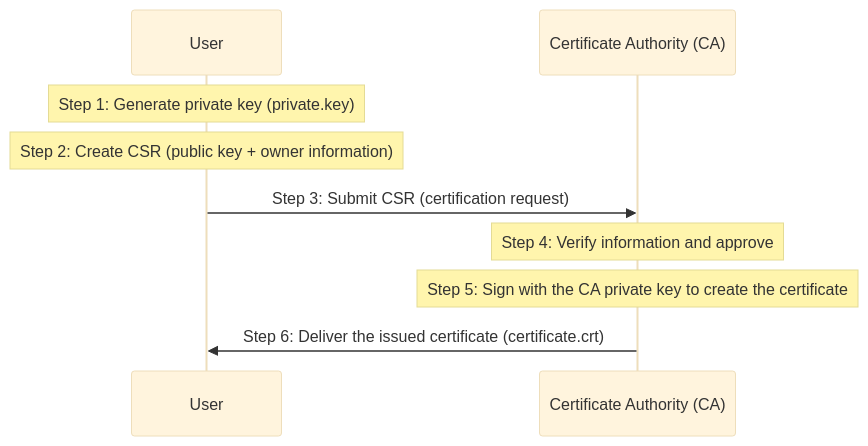
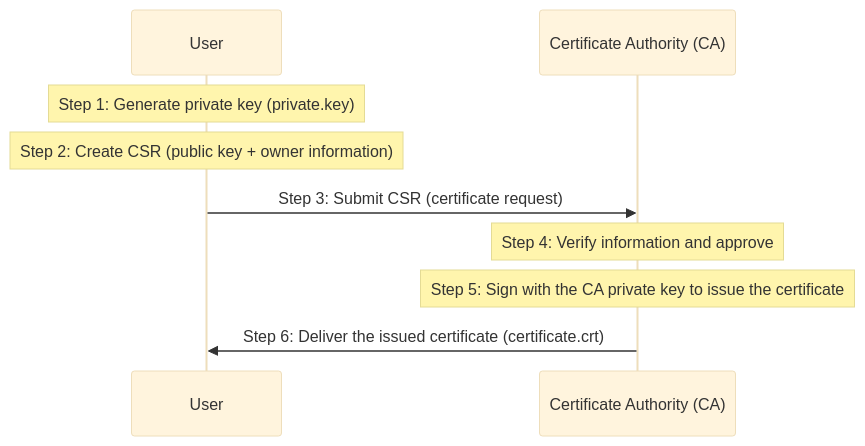
Before and after one commit to jeonck/k8s-adv: the diagram in content/security/01-foundation/16-csr-and-workflow.md, drawn with Mermaid (base theme). The commit also changed other lines of this file and 53 other files, not shown here.

````diff
--- a/content/security/01-foundation/16-csr-and-workflow.md
+++ b/content/security/01-foundation/16-csr-and-workflow.md
@@ -31,12 +31,12 @@
 ```mermaid
 sequenceDiagram
     participant U as User
     participant CA as Certificate Authority (CA)
     
     Note over U: Step 1: Generate private key (private.key)
     Note over U: Step 2: Create CSR (public key + owner information)
-    U->>CA: Step 3: Submit CSR (certification request)
+    U->>CA: Step 3: Submit CSR (certificate request)
     Note over CA: Step 4: Verify information and approve
-    Note over CA: Step 5: Sign with the CA private key to create the certificate
+    Note over CA: Step 5: Sign with the CA private key to issue the certificate
     CA->>U: Step 6: Deliver the issued certificate (certificate.crt)
 ```
````
